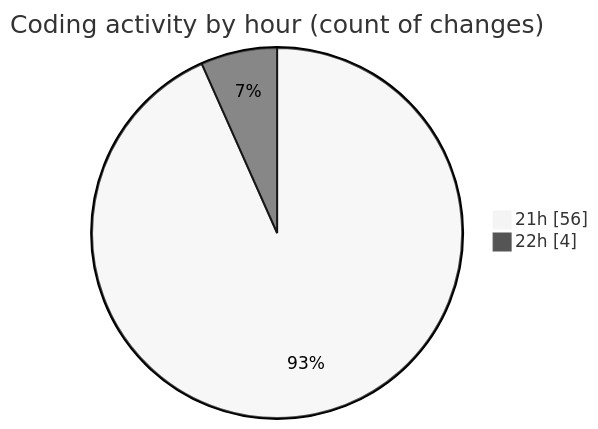
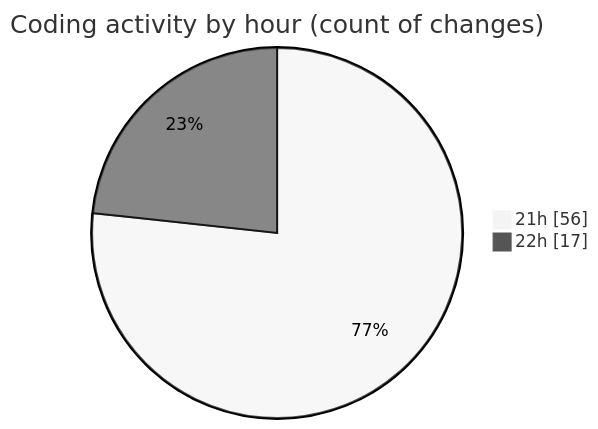
The second of 2 diagrams in 2025-03-26/echo/README.md (Netris89/code-tracking), drawn with Mermaid (neutral theme) before and after one commit. The commit also changed other lines of this file and 1 other file, not shown here.

````diff
--- a/2025-03-26/echo/README.md
+++ b/2025-03-26/echo/README.md
@@ -34,6 +34,6 @@
 ```mermaid
 pie showData
 title Coding activity by hour (count of changes)
 "21h" : 56
-"22h" : 4
+"22h" : 17
 ```
````
